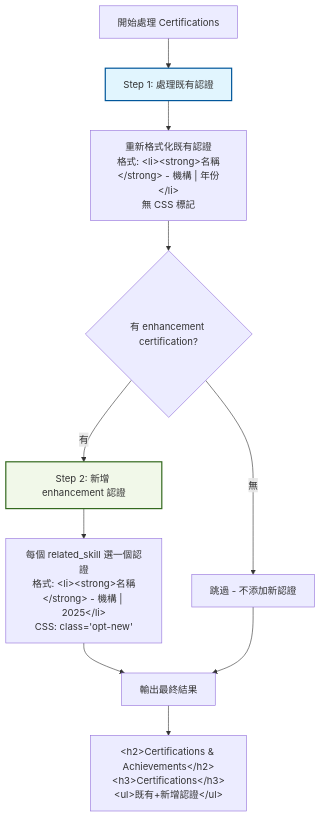
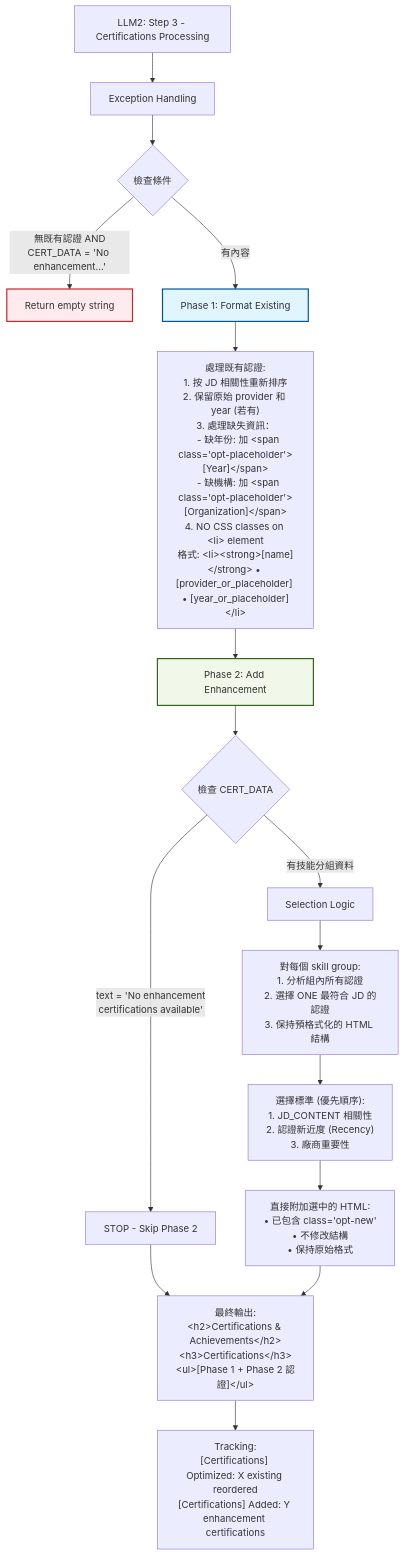
The fifth of 5 diagrams in docs/issues/tailor-resume-refactor-V3/Resume_Tailoring_V3_Prompt_Design_ZH-TW.md (YuWenHao1212/azure_container), drawn with Mermaid before and after one commit. The commit also changed other lines of this file and 1 other file, not shown here.

First line of the commit message:
docs: Add placeholder handling for missing certification information

````diff
--- a/docs/issues/tailor-resume-refactor-V3/Resume_Tailoring_V3_Prompt_Design_ZH-TW.md
+++ b/docs/issues/tailor-resume-refactor-V3/Resume_Tailoring_V3_Prompt_Design_ZH-TW.md
@@ -500,21 +500,31 @@
 ```mermaid
 graph TD
-    Start[開始處理 Certifications] --> Step1[Step 1: 處理既有認證]
+    Start[LLM2: Step 3 - Certifications Processing] --> Check[Exception Handling]
     
-    Step1 --> Process1["重新格式化既有認證<br/>格式: &lt;li&gt;&lt;strong&gt;名稱&lt;/strong&gt; - 機構 | 年份&lt;/li&gt;<br/>無 CSS 標記"]
+    Check --> Validate{檢查條件}
+    Validate -->|無既有認證 AND<br/>CERT_DATA = 'No enhancement...'| ReturnEmpty[Return empty string ""]
+    Validate -->|有內容| Phase1[Phase 1: Format Existing]
     
-    Process1 --> Check{有 enhancement certification?}
+    Phase1 --> Process1["處理既有認證:<br/>1. 按 JD 相關性重新排序<br/>2. 保留原始 provider 和 year (若有)<br/>3. 處理缺失資訊：<br/>   - 缺年份: 加 &lt;span class='opt-placeholder'&gt;[Year]&lt;/span&gt;<br/>   - 缺機構: 加 &lt;span class='opt-placeholder'&gt;[Organization]&lt;/span&gt;<br/>4. NO CSS classes on &lt;li&gt; element<br/>格式: &lt;li&gt;&lt;strong&gt;[name]&lt;/strong&gt; • [provider_or_placeholder] • [year_or_placeholder]&lt;/li&gt;"]
     
-    Check -->|有| Step2[Step 2: 新增 enhancement 認證]
-    Check -->|無| Skip[跳過 - 不添加新認證]
+    Process1 --> Phase2[Phase 2: Add Enhancement]
     
-    Step2 --> Process2["每個 related_skill 選一個認證<br/>格式: &lt;li&gt;&lt;strong&gt;名稱&lt;/strong&gt; - 機構 | 2025&lt;/li&gt;<br/>CSS: class='opt-new'"]
+    Phase2 --> ValidateData{檢查 CERT_DATA}
+    ValidateData -->|text = 'No enhancement<br/>certifications available'| Skip[STOP - Skip Phase 2]
+    ValidateData -->|有技能分組資料| SelectCerts[Selection Logic]
     
-    Process2 --> Output[輸出最終結果]
-    Skip --> Output
+    SelectCerts --> PerSkill["對每個 skill group:<br/>1. 分析組內所有認證<br/>2. 選擇 ONE 最符合 JD 的認證<br/>3. 保持預格式化的 HTML 結構"]
     
-    Output --> Format["&lt;h2&gt;Certifications &amp; Achievements&lt;/h2&gt;<br/>&lt;h3&gt;Certifications&lt;/h3&gt;<br/>&lt;ul&gt;既有+新增認證&lt;/ul&gt;"]
+    PerSkill --> SelectionCriteria["選擇標準 (優先順序):<br/>1. JD_CONTENT 相關性<br/>2. 認證新近度 (Recency)<br/>3. 廠商重要性"]
     
-    style Step1 fill:#e1f5fe,stroke:#01579b,stroke-width:2px
-    style Step2 fill:#f1f8e9,stroke:#33691e,stroke-width:2px
+    SelectionCriteria --> AppendHTML["直接附加選中的 HTML:<br/>• 已包含 class='opt-new'<br/>• 不修改結構<br/>• 保持原始格式"]
+    
+    Skip --> FinalOutput
+    AppendHTML --> FinalOutput["最終輸出:<br/>&lt;h2&gt;Certifications & Achievements&lt;/h2&gt;<br/>&lt;h3&gt;Certifications&lt;/h3&gt;<br/>&lt;ul&gt;[Phase 1 + Phase 2 認證]&lt;/ul&gt;"]
+    
+    FinalOutput --> Track["Tracking:<br/>[Certifications] Optimized: X existing reordered<br/>[Certifications] Added: Y enhancement certifications"]
+    
+    style Phase1 fill:#e1f5fe,stroke:#01579b,stroke-width:2px
+    style Phase2 fill:#f1f8e9,stroke:#33691e,stroke-width:2px
+    style ReturnEmpty fill:#ffebee,stroke:#c62828,stroke-width:2px
 ```
````
